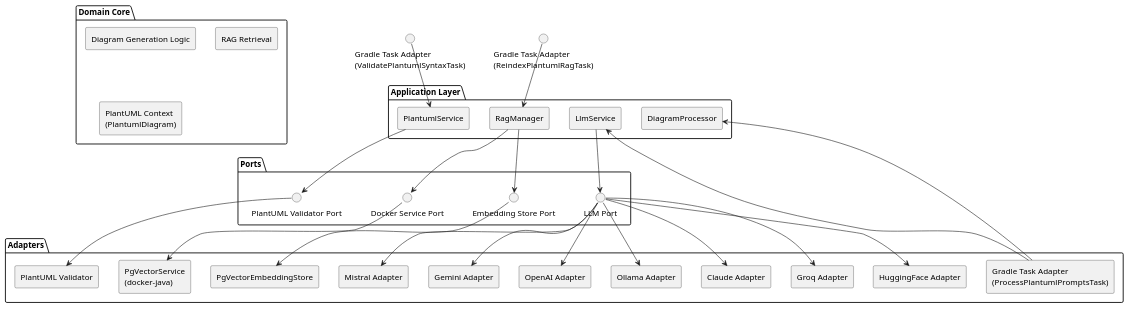
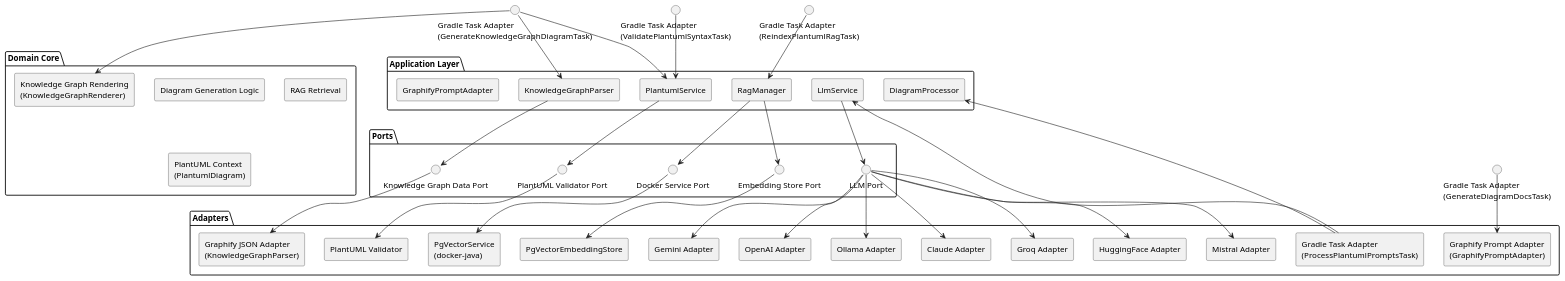
The fifth of 5 diagrams in plantuml-plugin/README_truth.adoc (cheroliv/plantuml-gradle), drawn with PlantUML before and after one commit. The commit also changed other lines of this file and 4 other files, not shown here.

First line of the commit message:
docs: update architecture diagrams with Knowledge Graph components + add discord message

```diff
--- a/plantuml-plugin/README_truth.adoc
+++ b/plantuml-plugin/README_truth.adoc
@@ -937,62 +954,74 @@
 [plantuml]
 ----
 @startuml
 skinparam componentStyle rectangle
 
 package "Domain Core" {
   component "Diagram Generation Logic"
   component "RAG Retrieval"
+  component "Knowledge Graph Rendering\n(KnowledgeGraphRenderer)"
   component "PlantUML Context\n(PlantumlDiagram)"
 }
 
 package "Application Layer" {
   component "LlmService"
   component "DiagramProcessor"
   component "PlantumlService"
   component "RagManager"
+  component "KnowledgeGraphParser"
+  component "GraphifyPromptAdapter"
 }
 
 package "Ports" {
   interface "LLM Port"
   interface "Embedding Store Port"
   interface "Docker Service Port"
   interface "PlantUML Validator Port"
+  interface "Knowledge Graph Data Port"
 }
 
 package "Adapters" {
   component "Ollama Adapter"
   component "OpenAI Adapter"
   component "Gemini Adapter"
   component "Mistral Adapter"
   component "HuggingFace Adapter"
   component "Groq Adapter"
   component "Claude Adapter"
   component "PgVectorEmbeddingStore"
   component "PgVectorService\n(docker-java)"
   component "PlantUML Validator"
+  component "Graphify JSON Adapter\n(KnowledgeGraphParser)"
+  component "Graphify Prompt Adapter\n(GraphifyPromptAdapter)"
   component "Gradle Task Adapter\n(ProcessPlantumlPromptsTask)"
 }
 
 "LlmService" --> "LLM Port"
 "RagManager" --> "Embedding Store Port"
 "RagManager" --> "Docker Service Port"
 "PlantumlService" --> "PlantUML Validator Port"
+"KnowledgeGraphParser" --> "Knowledge Graph Data Port"
 
 "LLM Port" --> "Ollama Adapter"
 "LLM Port" --> "OpenAI Adapter"
 "LLM Port" --> "Gemini Adapter"
 "LLM Port" --> "Mistral Adapter"
 "LLM Port" --> "HuggingFace Adapter"
 "LLM Port" --> "Groq Adapter"
 "LLM Port" --> "Claude Adapter"
 
 "Embedding Store Port" --> "PgVectorEmbeddingStore"
 "Docker Service Port" --> "PgVectorService\n(docker-java)"
 "PlantUML Validator Port" --> "PlantUML Validator"
+"Knowledge Graph Data Port" --> "Graphify JSON Adapter\n(KnowledgeGraphParser)"
 
 "Gradle Task Adapter\n(ProcessPlantumlPromptsTask)" --> "DiagramProcessor"
 "Gradle Task Adapter\n(ProcessPlantumlPromptsTask)" --> "LlmService"
 "Gradle Task Adapter\n(ValidatePlantumlSyntaxTask)" --> "PlantumlService"
 "Gradle Task Adapter\n(ReindexPlantumlRagTask)" --> "RagManager"
+"Gradle Task Adapter\n(GenerateKnowledgeGraphDiagramTask)" --> "KnowledgeGraphParser"
+"Gradle Task Adapter\n(GenerateKnowledgeGraphDiagramTask)" --> "Knowledge Graph Rendering\n(KnowledgeGraphRenderer)"
+"Gradle Task Adapter\n(GenerateKnowledgeGraphDiagramTask)" --> "PlantumlService"
+"Gradle Task Adapter\n(GenerateDiagramDocsTask)" --> "Graphify Prompt Adapter\n(GraphifyPromptAdapter)"
 @enduml
 ----
```
